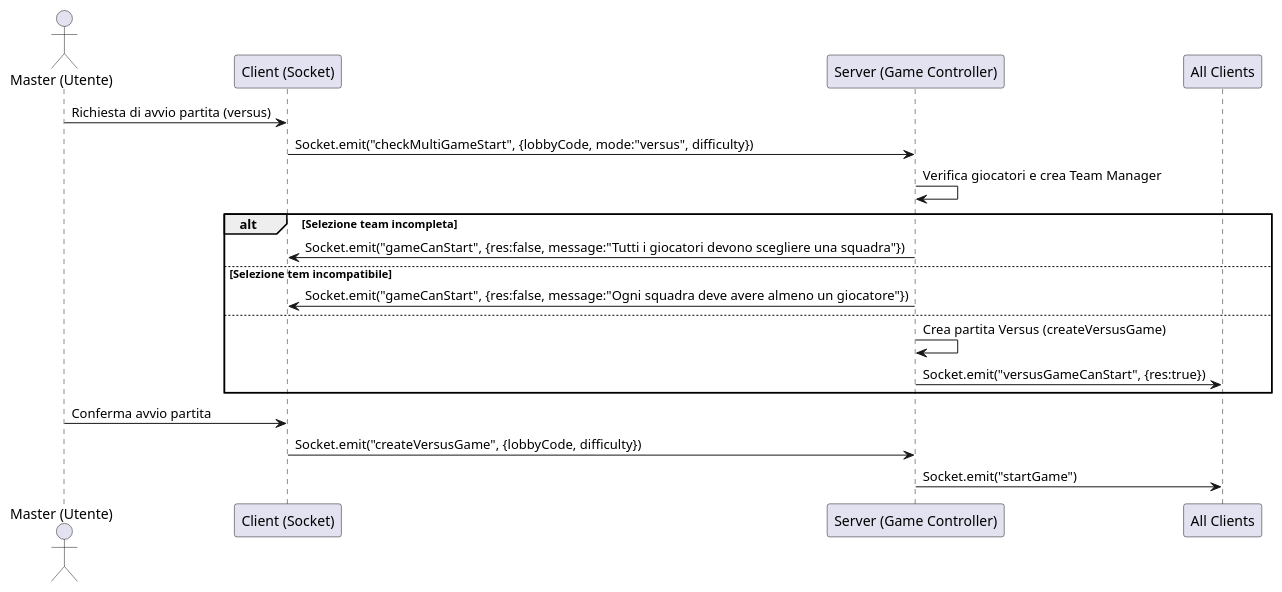
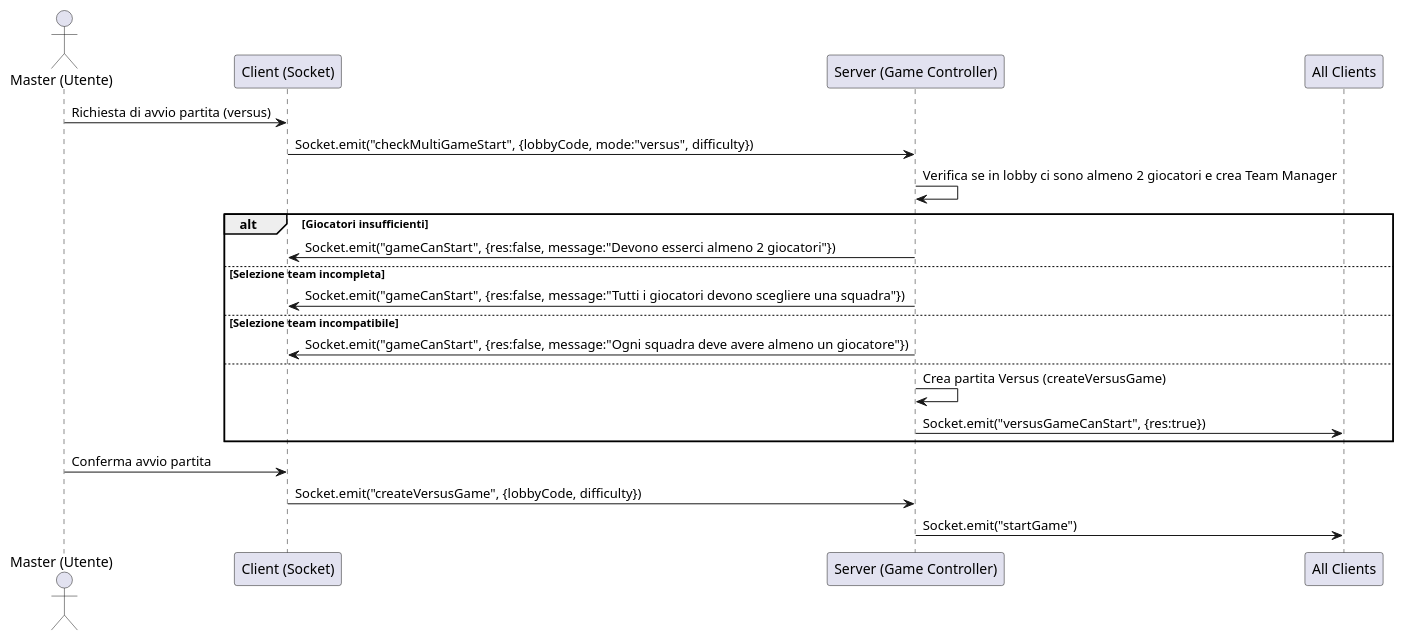
One commit to alexsiroli/Sudokoop changed the diagram in sudokoop/UMLs/multiplayerVersusStart.puml. Above: the diagram before and after it, drawn with PlantUML. The commit also changed 1 other file, not shown here.

```diff
--- a/sudokoop/UMLs/multiplayerVersusStart.puml
+++ b/sudokoop/UMLs/multiplayerVersusStart.puml
@@ -1,22 +1,24 @@
 @startuml MultiplayerVersusStart
 actor "Master (Utente)" as M
 participant "Client (Socket)" as C
 participant "Server (Game Controller)" as S
 participant "All Clients" as AC
 
 M -> C : Richiesta di avvio partita (versus)
 C -> S : Socket.emit("checkMultiGameStart", {lobbyCode, mode:"versus", difficulty})
-S -> S : Verifica giocatori e crea Team Manager
-alt Selezione team incompleta
+S -> S : Verifica se in lobby ci sono almeno 2 giocatori e crea Team Manager
+alt Giocatori insufficienti
+    S -> C : Socket.emit("gameCanStart", {res:false, message:"Devono esserci almeno 2 giocatori"})
+else Selezione team incompleta
     S -> C : Socket.emit("gameCanStart", {res:false, message:"Tutti i giocatori devono scegliere una squadra"})
-else Selezione tem incompatibile
-        S -> C : Socket.emit("gameCanStart", {res:false, message:"Ogni squadra deve avere almeno un giocatore"})
-
+else Selezione team incompatibile
+    S -> C : Socket.emit("gameCanStart", {res:false, message:"Ogni squadra deve avere almeno un giocatore"})
 else
     S -> S : Crea partita Versus (createVersusGame)
     S -> AC : Socket.emit("versusGameCanStart", {res:true})
 end
+
 M -> C : Conferma avvio partita
 C -> S : Socket.emit("createVersusGame", {lobbyCode, difficulty})
 S -> AC : Socket.emit("startGame")
 @enduml
```
